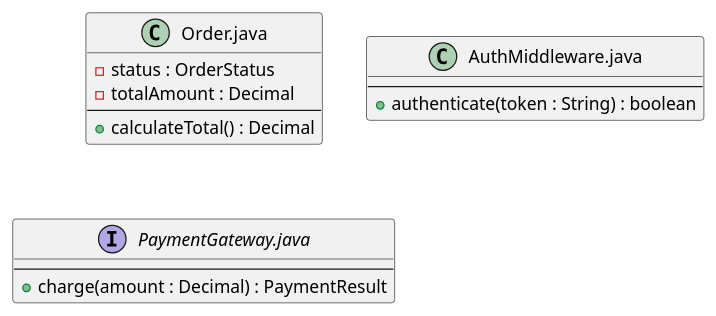
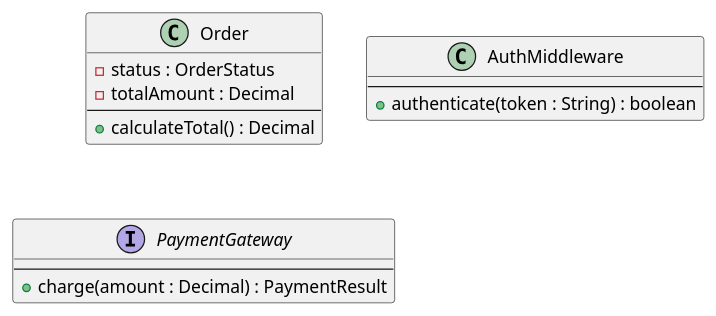
One commit to LTPPPP/Smart-Medical-Intelligent-Ledger-for-E-health-S.M.I.L.E- changed the first of 2 diagrams in .claude/skills/plantuml-class-diagram/SKILL.md. Above: the diagram before and after it, drawn with PlantUML. The commit also changed other lines of this file and 177 other files, not shown here.

Commit message:
skill and doc class diagram

````diff
--- a/.claude/skills/plantuml-class-diagram/SKILL.md
+++ b/.claude/skills/plantuml-class-diagram/SKILL.md
@@ -41,21 +41,21 @@
 ```plantuml
 ' Has both attributes and methods for this UC
-class "Order.java" as Order {
+class "Order" as Order {
   - status : OrderStatus
   - totalAmount : Decimal
   --
   + calculateTotal() : Decimal
 }
 
 ' Has no attributes relevant to this UC
-class "AuthMiddleware.java" as AuthMiddleware {
+class "AuthMiddleware" as AuthMiddleware {
   --
   + authenticate(token : String) : boolean
 }
 
 ' Interface — no attributes, only method signatures
-interface "PaymentGateway.java" as PaymentGateway {
+interface "PaymentGateway" as PaymentGateway {
   --
   + charge(amount : Decimal) : PaymentResult
 }
 ```
````
